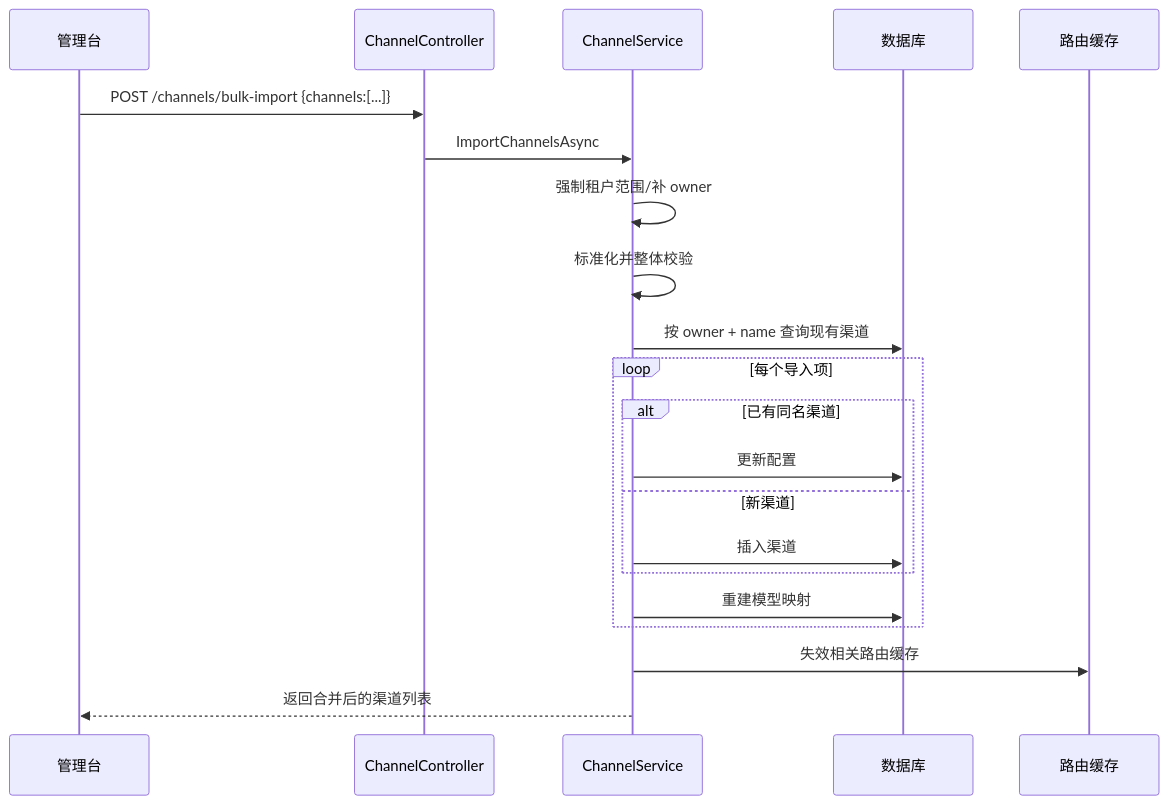
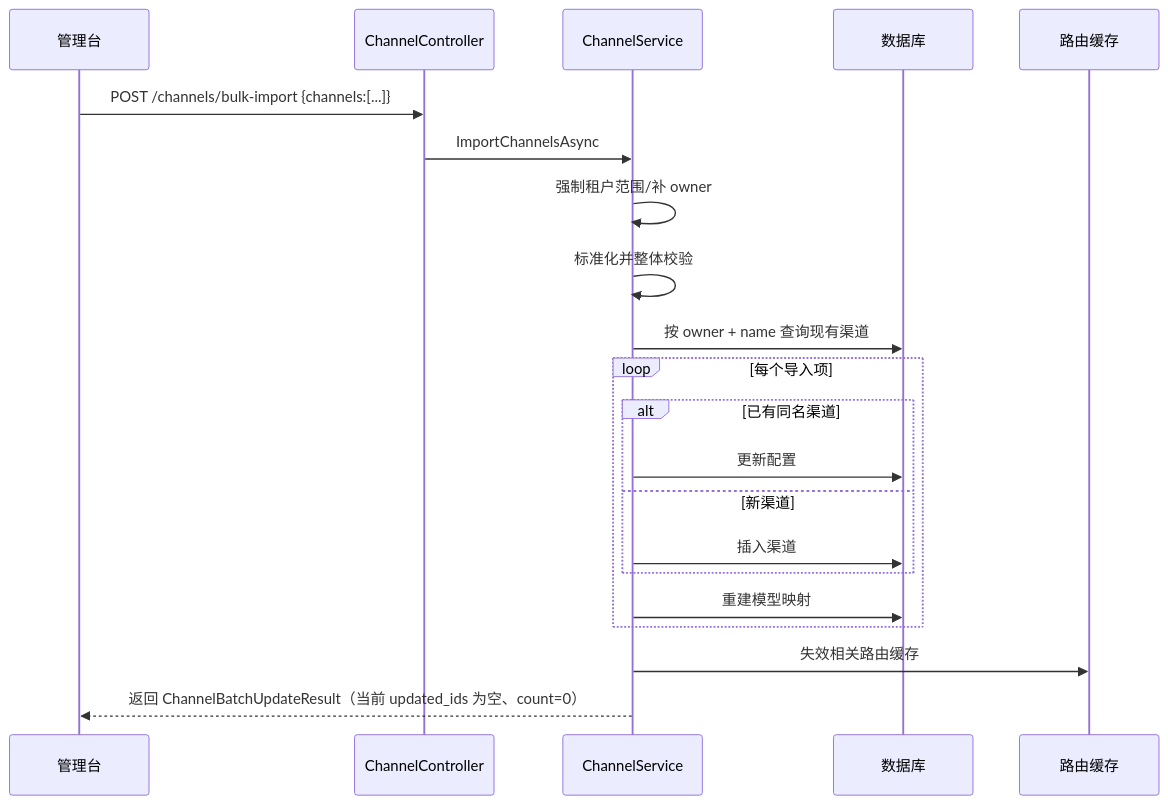
One commit to shL1481558059/OpenCodex changed the third of 3 diagrams in prd/06-channel-management.md. Above: the diagram before and after it, drawn with Mermaid. The commit also changed other lines of this file and 21 other files, not shown here.

````diff
--- a/prd/06-channel-management.md
+++ b/prd/06-channel-management.md
@@ -300,24 +375,24 @@
 ```mermaid
 sequenceDiagram
     participant UI as 管理台
     participant API as ChannelController
     participant SVC as ChannelService
     participant DB as 数据库
     participant CACHE as 路由缓存
 
     UI->>API: POST /channels/bulk-import {channels:[...]}
     API->>SVC: ImportChannelsAsync
     SVC->>SVC: 强制租户范围/补 owner
     SVC->>SVC: 标准化并整体校验
     SVC->>DB: 按 owner + name 查询现有渠道
     loop 每个导入项
         alt 已有同名渠道
             SVC->>DB: 更新配置
         else 新渠道
             SVC->>DB: 插入渠道
         end
         SVC->>DB: 重建模型映射
     end
     SVC->>CACHE: 失效相关路由缓存
-    SVC-->>UI: 返回合并后的渠道列表
+    SVC-->>UI: 返回 ChannelBatchUpdateResult（当前 updated_ids 为空、count=0）
 ```
````
